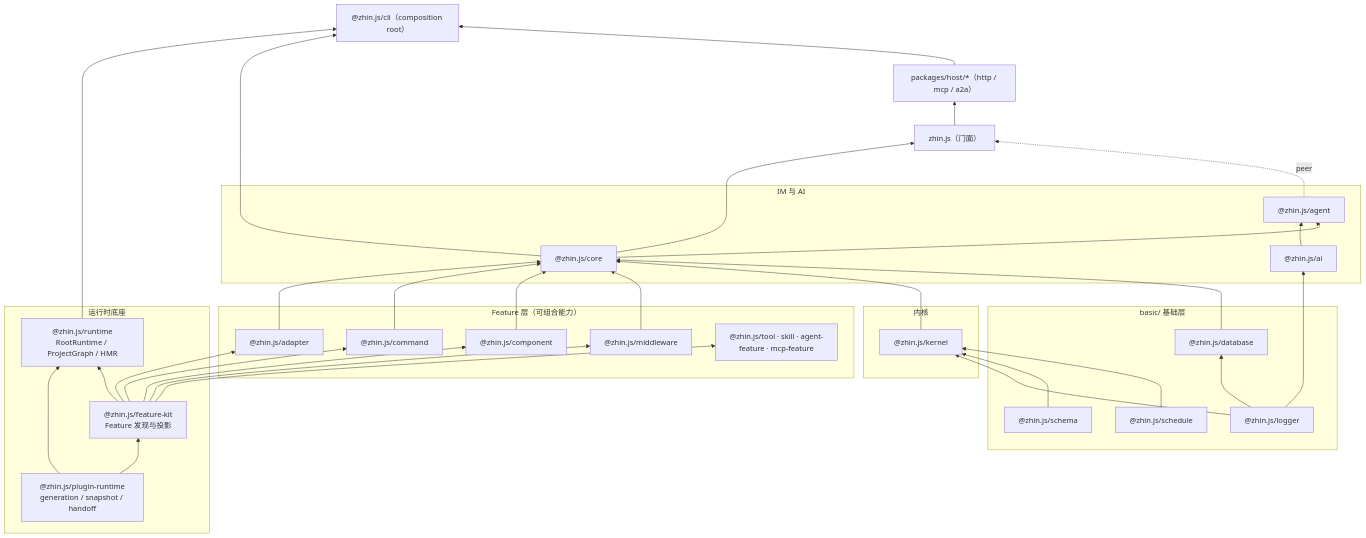
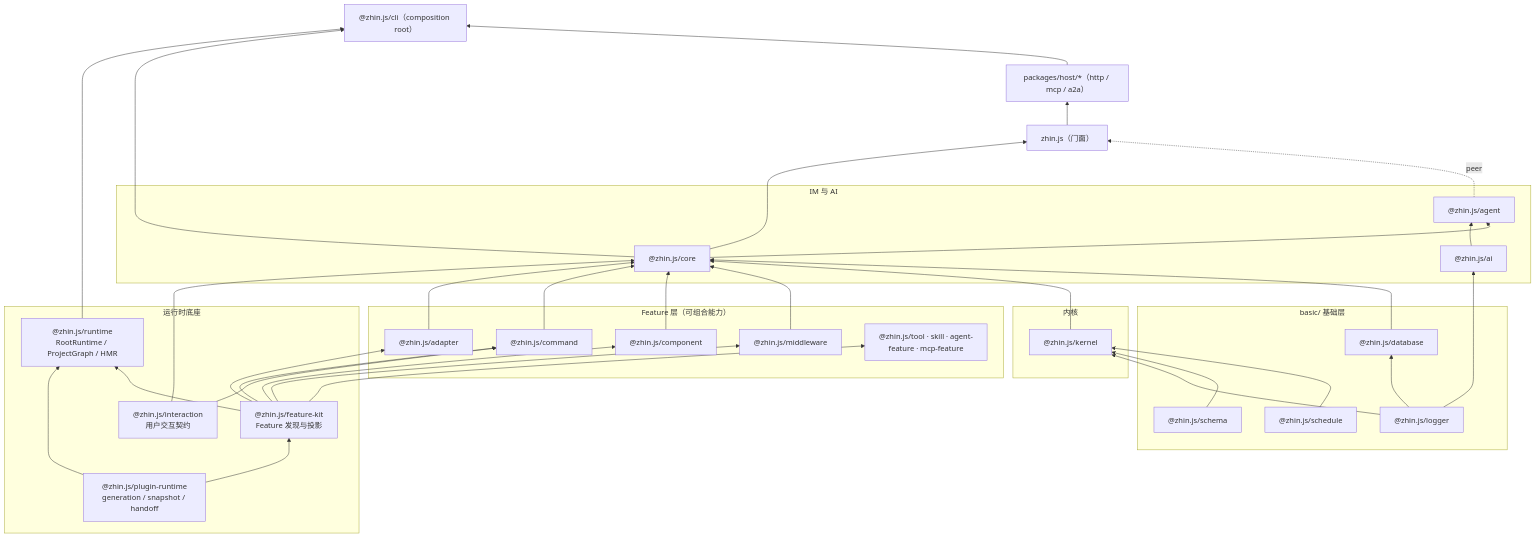
One commit to zhinjs/zhin changed the diagram in docs/concepts/architecture.md. Above: the diagram before and after it, drawn with Mermaid. The commit also changed other lines of this file and 250 other files, not shown here.

````diff
--- a/docs/concepts/architecture.md
+++ b/docs/concepts/architecture.md
@@ -7,44 +7,46 @@
 ```mermaid
 flowchart BT
     subgraph basic["basic/ 基础层"]
         logger["@zhin.js/logger"]
         schema["@zhin.js/schema"]
         schedule["@zhin.js/schedule"]
         database["@zhin.js/database"]
     end
     subgraph runtime["运行时底座"]
+        interaction["@zhin.js/interaction<br/>用户交互契约"]
         pr["@zhin.js/plugin-runtime<br/>generation / snapshot / handoff"]
         fk["@zhin.js/feature-kit<br/>Feature 发现与投影"]
         rt["@zhin.js/runtime<br/>RootRuntime / ProjectGraph / HMR"]
     end
     subgraph kernel["内核"]
         k["@zhin.js/kernel"]
     end
     subgraph features["Feature 层（可组合能力）"]
         ad["@zhin.js/adapter"]
         cmd["@zhin.js/command"]
         comp["@zhin.js/component"]
         mw["@zhin.js/middleware"]
         tool["@zhin.js/tool · skill · agent-feature · mcp-feature"]
     end
     subgraph im["IM 与 AI"]
         ai["@zhin.js/ai"]
         core["@zhin.js/core"]
         agent["@zhin.js/agent"]
     end
     zhin["zhin.js（门面）"]
     host["packages/host/*（http / mcp / a2a）"]
     cli["@zhin.js/cli（composition root）"]
 
     pr --> fk --> ad & cmd & comp & mw & tool
+    interaction --> cmd & core
     logger & schema & schedule --> k
     logger --> database
     logger --> ai
     ad & cmd & comp & mw & k & database --> core
     ai & core --> agent
     core --> zhin
     agent -. peer .-> zhin
     pr & fk --> rt
     zhin --> host
     rt & core & host --> cli
 ```
````
